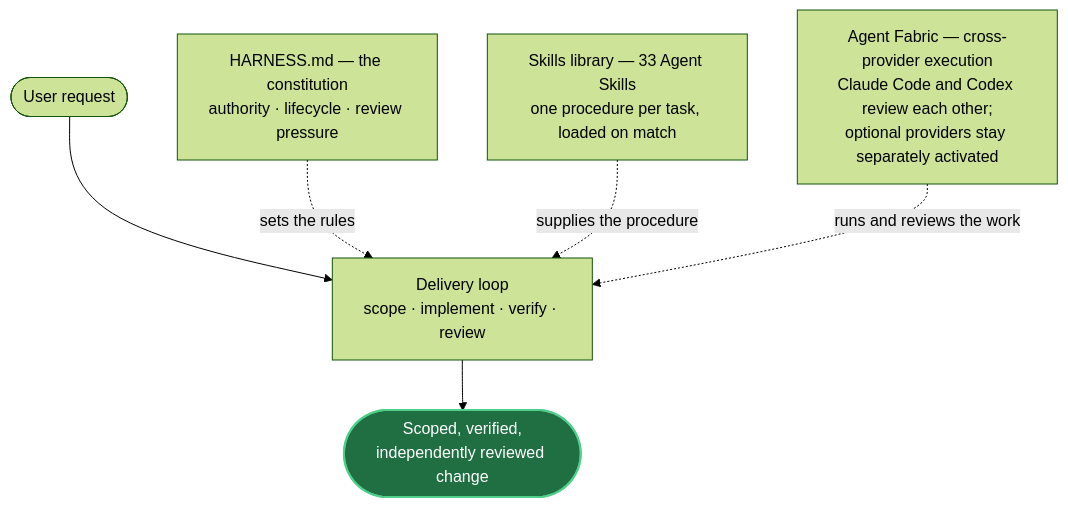
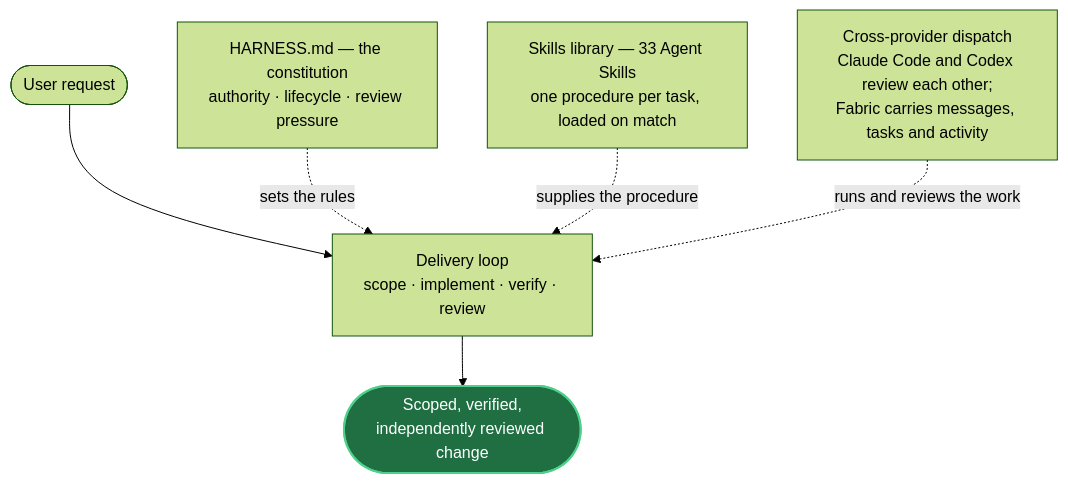
The first of 2 diagrams in README.md (mblauberg/provenant), drawn with Mermaid (forest theme) before and after one commit. The commit also changed other lines of this file and 53 other files, not shown here.

````diff
--- a/README.md
+++ b/README.md
@@ -36,12 +37,12 @@
 ```mermaid
 flowchart TB
     accTitle: The three parts and the delivery loop they serve
-    accDescr: A user request enters the delivery loop, which runs scope, implement, verify and review, and produces a scoped, verified, independently reviewed change. Three parts act on that loop concurrently rather than in sequence. HARNESS.md, the constitution, sets the rules — authority, lifecycle and review pressure. The skills library supplies the procedure, one SKILL.md per task loaded when the task matches. Agent Fabric runs and reviews the work across providers, with Claude Code and Codex as primaries reviewing each other and optional providers separately activated.
+    accDescr: A user request enters the delivery loop, which runs scope, implement, verify and review, and produces a scoped, verified, independently reviewed change. Three parts act on that loop concurrently rather than in sequence. HARNESS.md, the constitution, sets the rules — authority, lifecycle and review pressure. The skills library supplies the procedure, one SKILL.md per task loaded when the task matches. Cross-provider dispatch runs and reviews the work, with Claude Code and Codex as primaries reviewing each other and Fabric carrying the messages, tasks and activity between them.
     U(["User request"]) --> LOOP["Delivery loop<br/>scope · implement · verify · review"]
     LOOP --> OUT(["Scoped, verified,<br/>independently reviewed change"])
     H["HARNESS.md — the constitution<br/>authority · lifecycle · review pressure"] -. "sets the rules" .-> LOOP
     SK["Skills library — 33 Agent Skills<br/>one procedure per task, loaded on match"] -. "supplies the procedure" .-> LOOP
-    F["Agent Fabric — cross-provider execution<br/>Claude Code and Codex review each other;<br/>optional providers stay separately activated"] -. "runs and reviews the work" .-> LOOP
+    F["Cross-provider dispatch<br/>Claude Code and Codex review each other;<br/>Fabric carries messages, tasks and activity"] -. "runs and reviews the work" .-> LOOP
     classDef out fill:#1f6f43,stroke:#4fd08a,color:#ffffff,stroke-width:2px
     class OUT out
 ```
````
